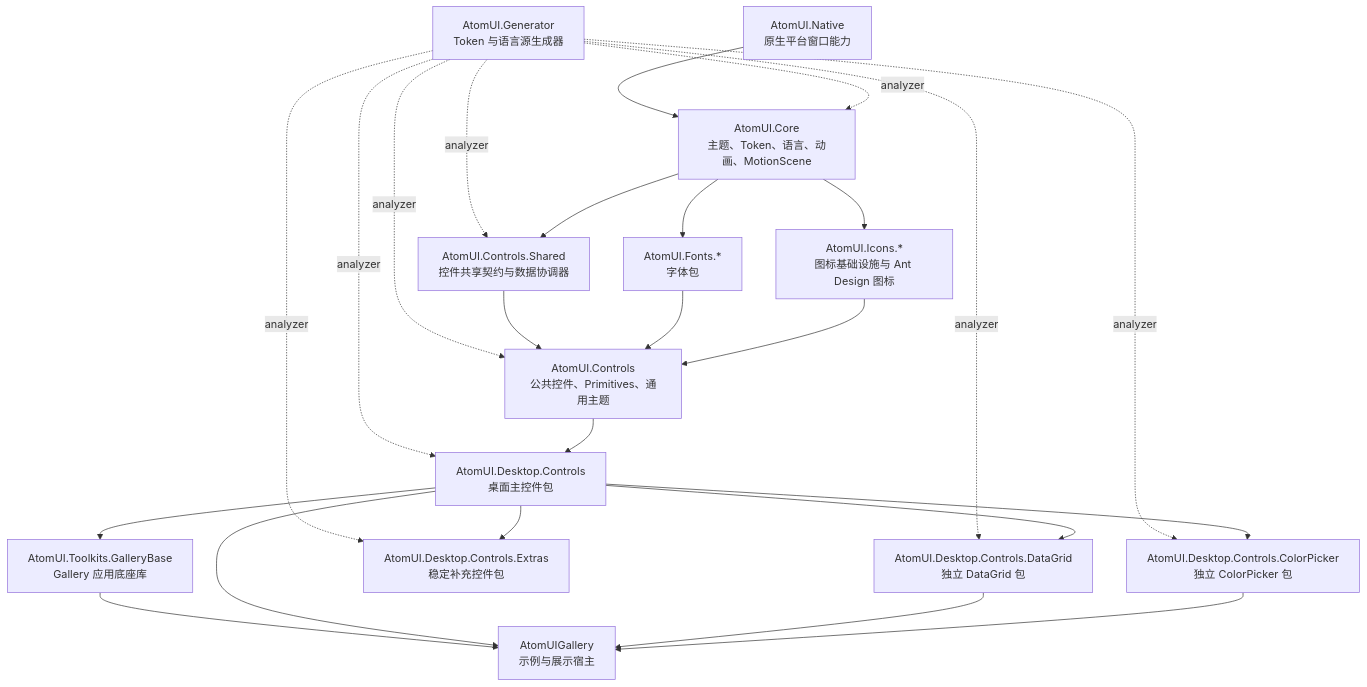
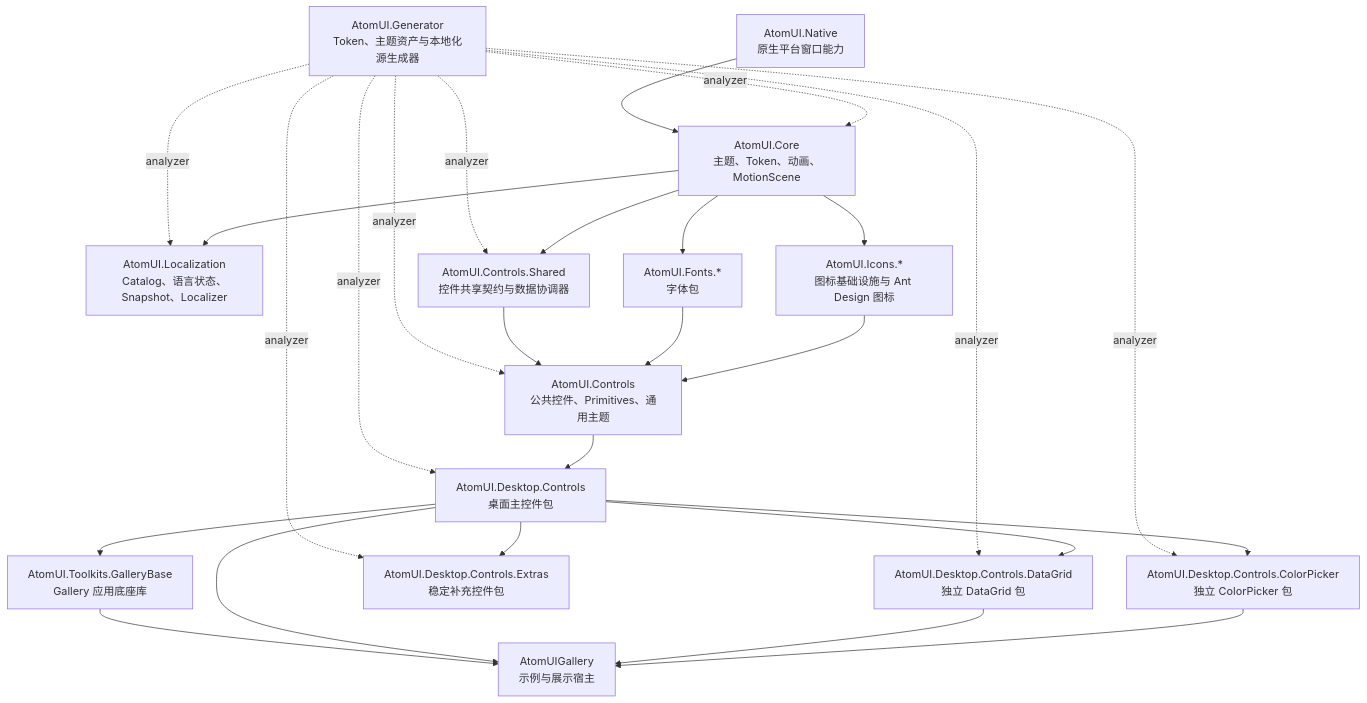
The diagram in docs/architecture/overview.md (chinware/AtomUI), drawn with Mermaid before and after one commit. The commit also changed other lines of this file and 87 other files, not shown here.

Commit message:
docs(Localization): synchronize delivered architecture

````diff
--- a/docs/architecture/overview.md
+++ b/docs/architecture/overview.md
@@ -7,40 +7,43 @@
 ```mermaid
 flowchart TD
     Native["AtomUI.Native\n原生平台窗口能力"]
-    Core["AtomUI.Core\n主题、Token、语言、动画、MotionScene"]
+    Localization["AtomUI.Localization\nCatalog、语言状态、Snapshot、Localizer"]
+    Core["AtomUI.Core\n主题、Token、动画、MotionScene"]
     Shared["AtomUI.Controls.Shared\n控件共享契约与数据协调器"]
     Fonts["AtomUI.Fonts.*\n字体包"]
     Icons["AtomUI.Icons.*\n图标基础设施与 Ant Design 图标"]
     Controls["AtomUI.Controls\n公共控件、Primitives、通用主题"]
     Desktop["AtomUI.Desktop.Controls\n桌面主控件包"]
     DataGrid["AtomUI.Desktop.Controls.DataGrid\n独立 DataGrid 包"]
     ColorPicker["AtomUI.Desktop.Controls.ColorPicker\n独立 ColorPicker 包"]
     Extras["AtomUI.Desktop.Controls.Extras\n稳定补充控件包"]
-    Generator["AtomUI.Generator\nToken 与语言源生成器"]
+    Generator["AtomUI.Generator\nToken、主题资产与本地化源生成器"]
     GalleryBase["AtomUI.Toolkits.GalleryBase\nGallery 应用底座库"]
     Gallery["AtomUIGallery\n示例与展示宿主"]
 
     Native --> Core
+    Generator -. analyzer .-> Localization
     Generator -. analyzer .-> Core
     Generator -. analyzer .-> Shared
     Generator -. analyzer .-> Controls
     Generator -. analyzer .-> Desktop
     Generator -. analyzer .-> DataGrid
     Generator -. analyzer .-> ColorPicker
     Generator -. analyzer .-> Extras
+    Core --> Localization
     Core --> Shared
     Core --> Icons
     Core --> Fonts
     Shared --> Controls
     Fonts --> Controls
     Icons --> Controls
     Controls --> Desktop
     Desktop --> GalleryBase
     Desktop --> DataGrid
     Desktop --> ColorPicker
     Desktop --> Extras
     GalleryBase --> Gallery
     Desktop --> Gallery
     DataGrid --> Gallery
     ColorPicker --> Gallery
 ```
````
